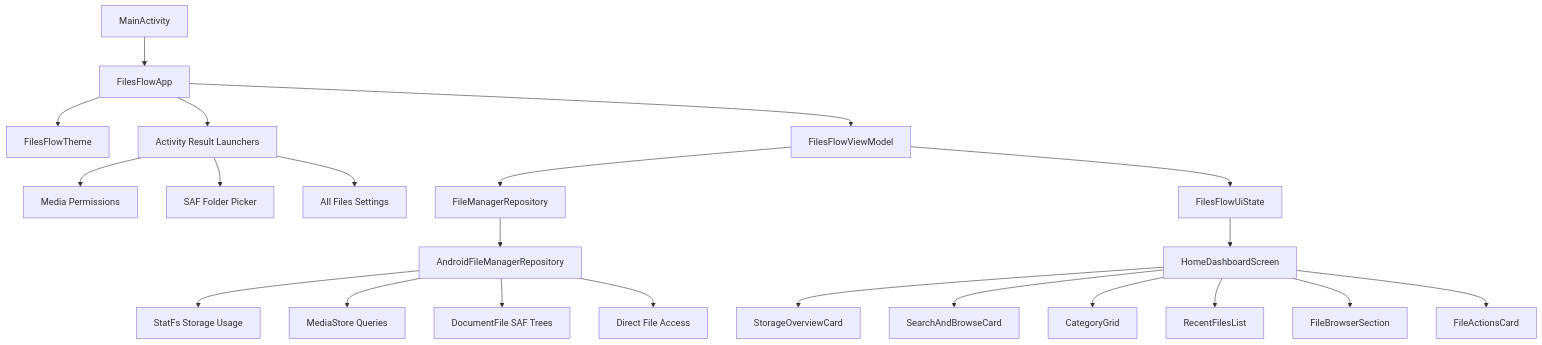
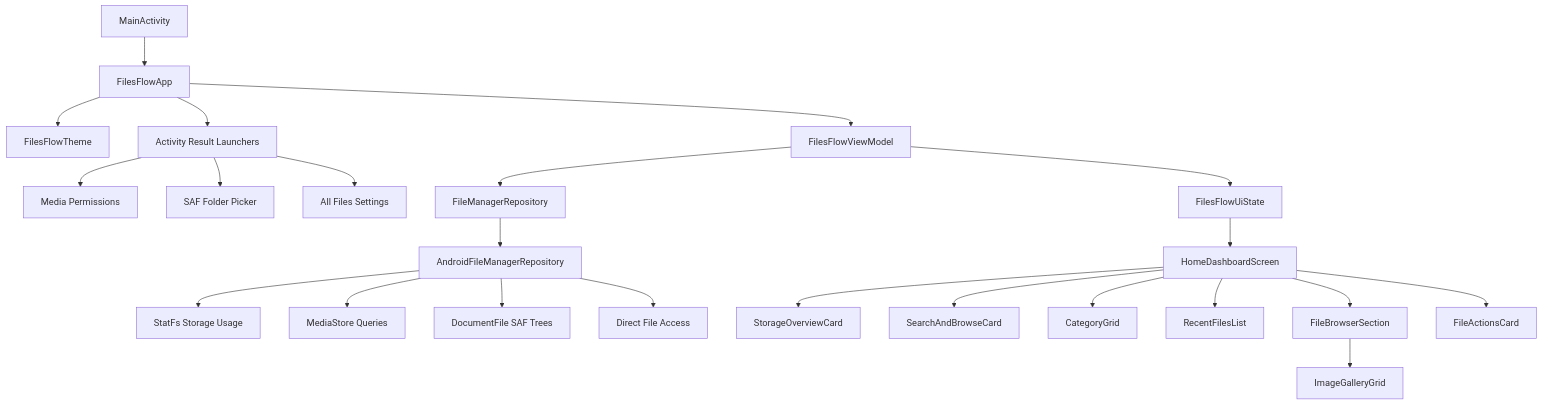
Before and after one commit to benclawbot/filesflow: the diagram in README.md, drawn with Mermaid. The commit also changed other lines of this file and 22 other files, not shown here.

Commit message:
feat: add FilesFlow icon and image gallery

````diff
--- a/README.md
+++ b/README.md
@@ -23,24 +23,25 @@
 ```mermaid
 flowchart TD
     A["MainActivity"] --> B["FilesFlowApp"]
     B --> C["FilesFlowTheme"]
     B --> D["Activity Result Launchers"]
     D --> E["Media Permissions"]
     D --> F["SAF Folder Picker"]
     D --> G["All Files Settings"]
     B --> H["FilesFlowViewModel"]
     H --> I["FileManagerRepository"]
     I --> J["AndroidFileManagerRepository"]
     J --> K["StatFs Storage Usage"]
     J --> L["MediaStore Queries"]
     J --> M["DocumentFile SAF Trees"]
     J --> N["Direct File Access"]
     H --> O["FilesFlowUiState"]
     O --> P["HomeDashboardScreen"]
     P --> Q["StorageOverviewCard"]
     P --> R["SearchAndBrowseCard"]
     P --> S["CategoryGrid"]
     P --> T["RecentFilesList"]
     P --> U["FileBrowserSection"]
+    U --> W["ImageGalleryGrid"]
     P --> V["FileActionsCard"]
 ```
````
